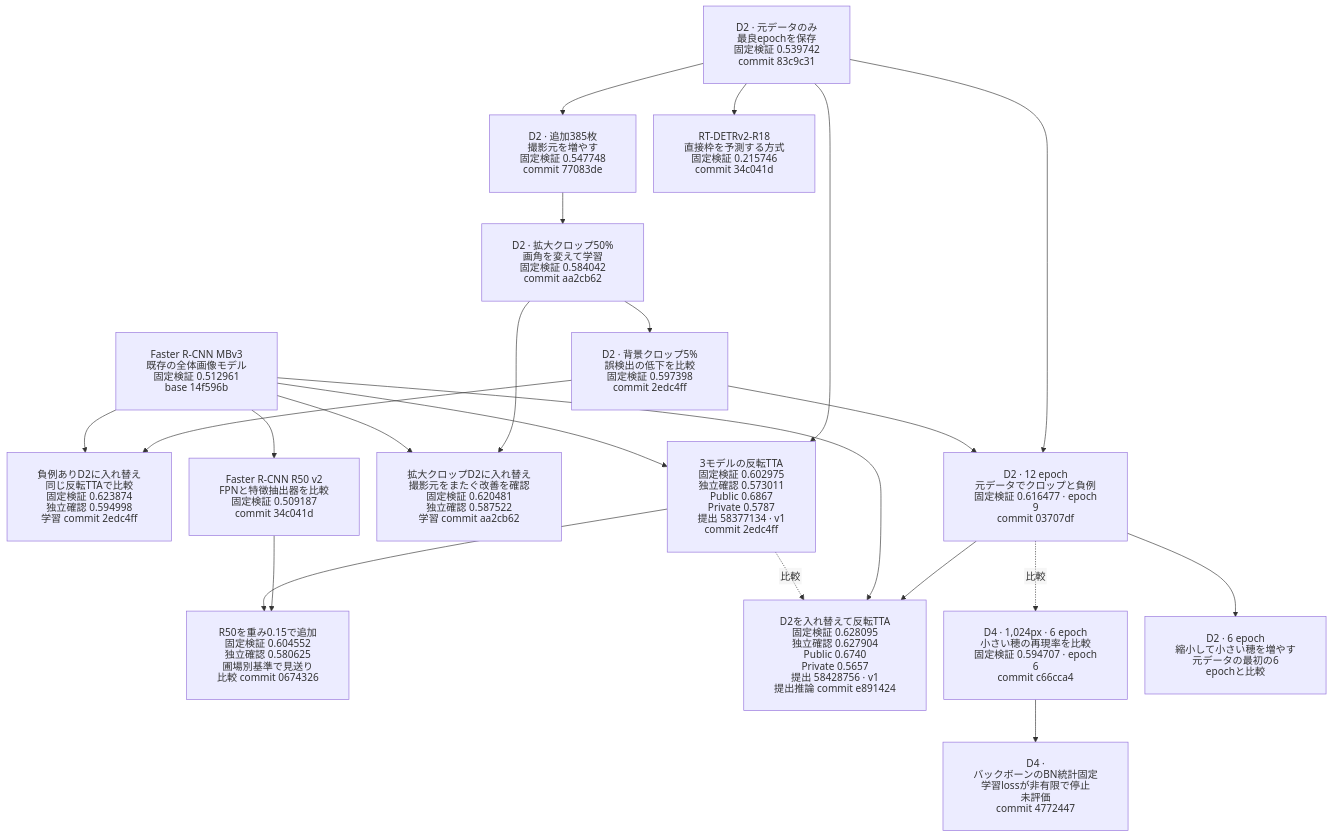
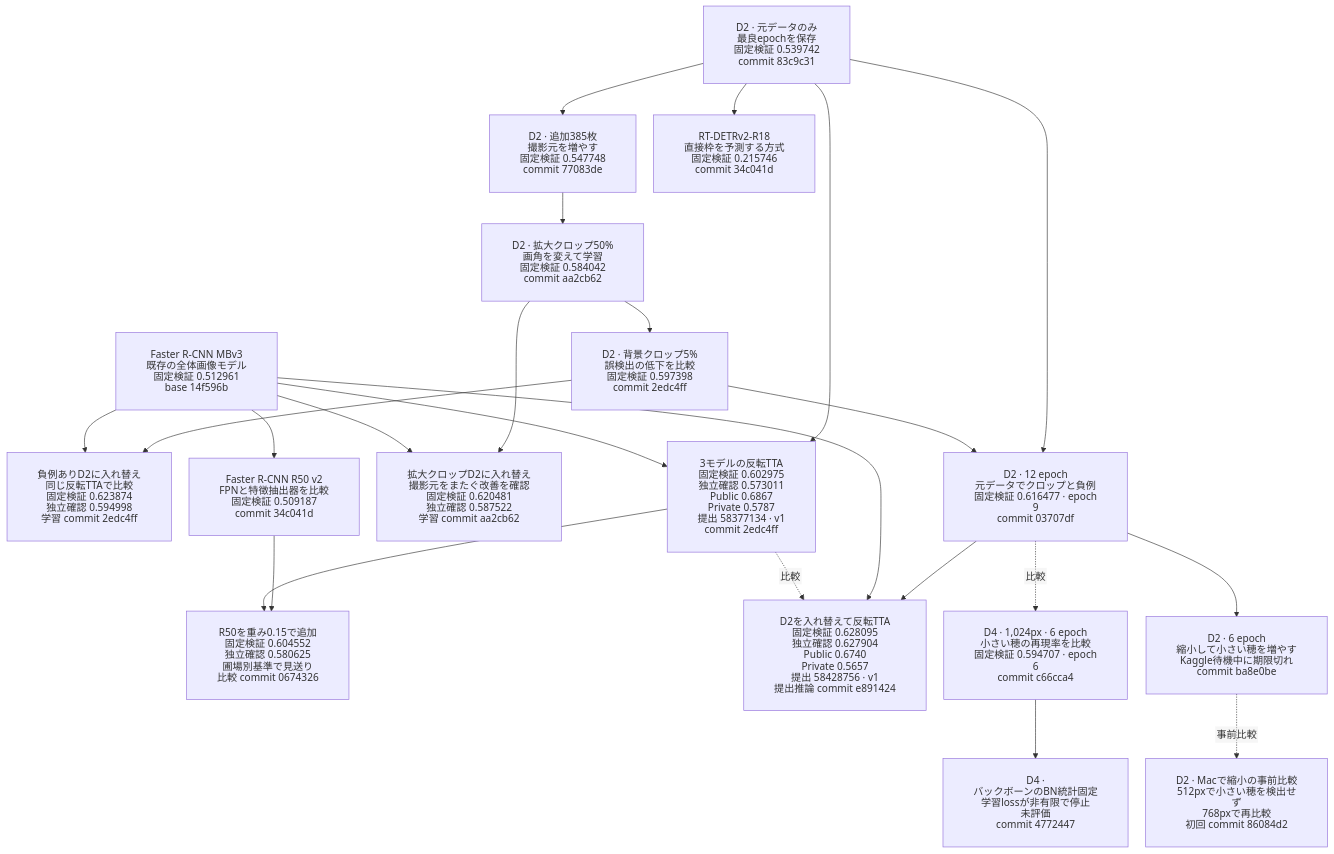
The fifth of 5 diagrams in docs/experiment-lineage.md (Yutarotaro/kaggle-global-wheat-detection), drawn with Mermaid before and after one commit. The commit also changed 1 other file, not shown here.

Commit message:
docs: Kaggleの待機時間切れとMacの比較方針を記録する

````diff
--- a/docs/experiment-lineage.md
+++ b/docs/experiment-lineage.md
@@ -164,40 +164,42 @@
 ```mermaid
 %%{init: {"htmlLabels": false, "flowchart": {"padding": 24, "nodeSpacing": 28}}}%%
 flowchart TB
     M["Faster R-CNN MBv3<br/>既存の全体画像モデル<br/>固定検証 0.512961<br/>base 14f596b"]
     D["D2 · 元データのみ<br/>最良epochを保存<br/>固定検証 0.539742<br/>commit 83c9c31"]
     F["D2 · 追加385枚<br/>撮影元を増やす<br/>固定検証 0.547748<br/>commit 77083de"]
     C["D2 · 拡大クロップ50%<br/>画角を変えて学習<br/>固定検証 0.584042<br/>commit aa2cb62"]
     N["D2 · 背景クロップ5%<br/>誤検出の低下を比較<br/>固定検証 0.597398<br/>commit 2edc4ff"]
     U["負例ありD2に入れ替え<br/>同じ反転TTAで比較<br/>固定検証 0.623874<br/>独立確認 0.594998<br/>学習 commit 2edc4ff"]
     S["3モデルの反転TTA<br/>固定検証 0.602975<br/>独立確認 0.573011<br/>Public 0.6867<br/>Private 0.5787<br/>提出 58377134 · v1<br/>commit 2edc4ff"]
     Z["拡大クロップD2に入れ替え<br/>撮影元をまたぐ改善を確認<br/>固定検証 0.620481<br/>独立確認 0.587522<br/>学習 commit aa2cb62"]
     T["RT-DETRv2-R18<br/>直接枠を予測する方式<br/>固定検証 0.215746<br/>commit 34c041d"]
     R["Faster R-CNN R50 v2<br/>FPNと特徴抽出器を比較<br/>固定検証 0.509187<br/>commit 34c041d"]
     R15["R50を重み0.15で追加<br/>固定検証 0.604552<br/>独立確認 0.580625<br/>圃場別基準で見送り<br/>比較 commit 0674326"]
     L["D2 · 12 epoch<br/>元データでクロップと負例<br/>固定検証 0.616477 · epoch 9<br/>commit 03707df"]
     P["D2を入れ替えて反転TTA<br/>固定検証 0.628095<br/>独立確認 0.627904<br/>Public 0.6740<br/>Private 0.5657<br/>提出 58428756 · v1<br/>提出推論 commit e891424"]
     D4["D4 · 1,024px · 6 epoch<br/>小さい穂の再現率を比較<br/>固定検証 0.594707 · epoch 6<br/>commit c66cca4"]
     DB["D4 · バックボーンのBN統計固定<br/>学習lossが非有限で停止<br/>未評価<br/>commit 4772447"]
-    DS["D2 · 6 epoch<br/>縮小して小さい穂を増やす<br/>元データの最初の6 epochと比較"]
+    DS["D2 · 6 epoch<br/>縮小して小さい穂を増やす<br/>Kaggle待機中に期限切れ<br/>commit ba8e0be"]
+    DSP["D2 · Macで縮小の事前比較<br/>512pxで小さい穂を検出せず<br/>768pxで再比較<br/>初回 commit 86084d2"]
 
     D --> F --> C --> N
     C --> Z
     M --> Z
     D --> S
     M --> S
     D --> T
     D --> L
     N --> L
     N --> U
     M --> U
     M --> R
     R --> R15
     S --> R15
     L --> P
     M --> P
     S -. 比較 .-> P
     L -. 比較 .-> D4
     D4 --> DB
     L --> DS
+    DS -. 事前比較 .-> DSP
 ```
````
